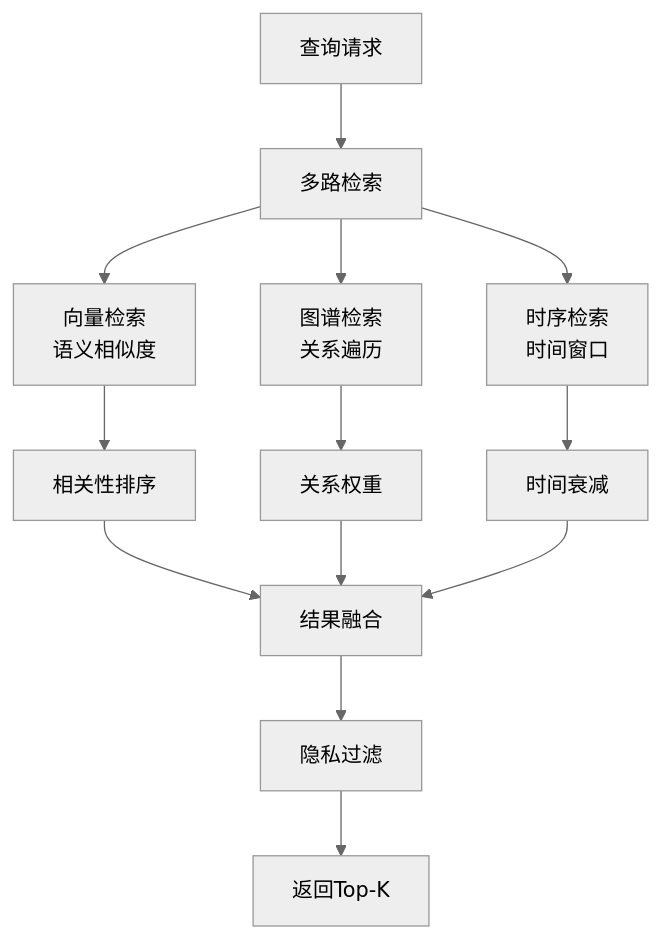
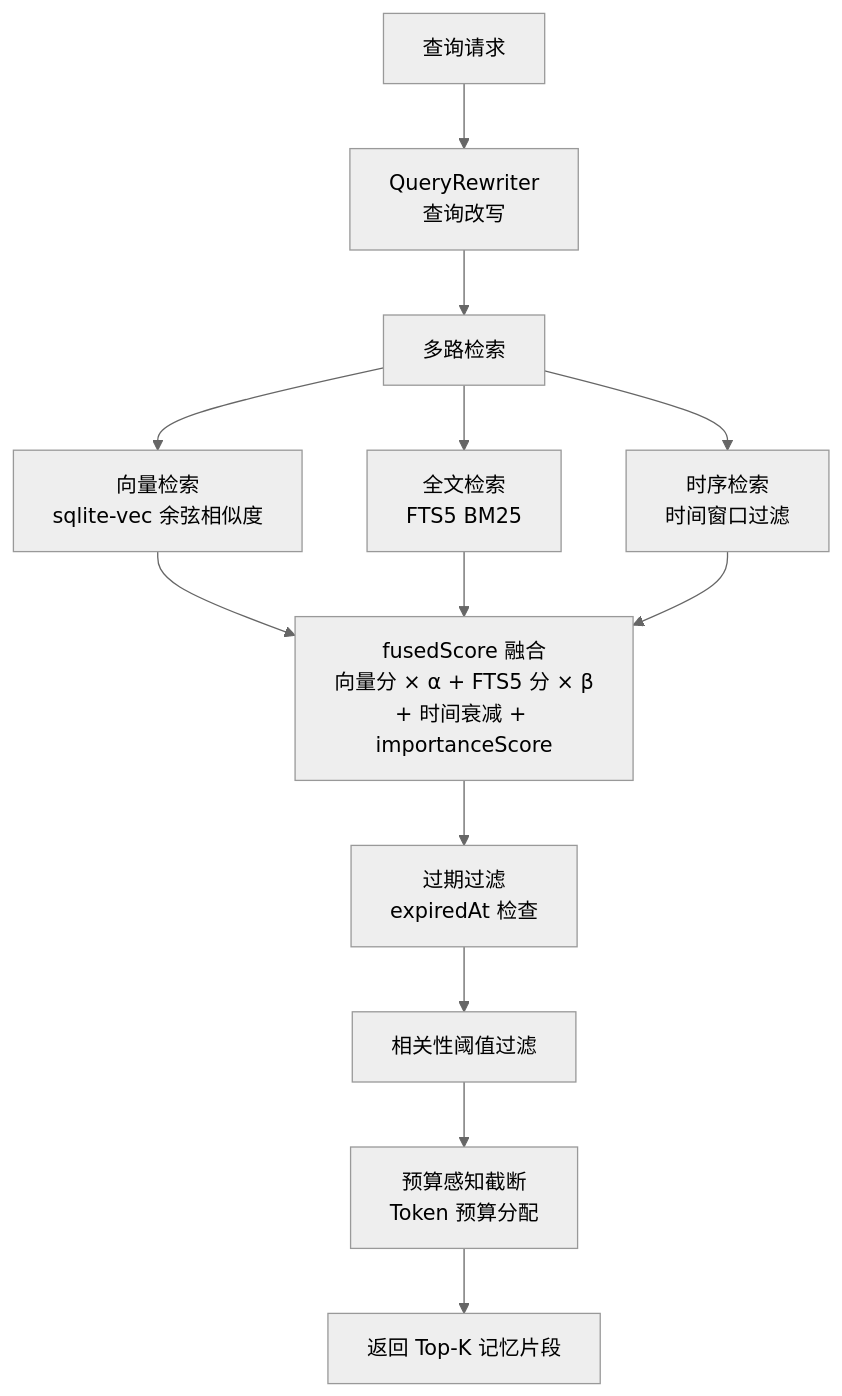
One commit to ntygod/LifePilot changed the ninth of 35 diagrams in ARCHITECTURE-DIAGRAMS.md. Above: the diagram before and after it, drawn with Mermaid (neutral theme). The commit also changed other lines of this file and 2 other files, not shown here.

````diff
--- a/ARCHITECTURE-DIAGRAMS.md
+++ b/ARCHITECTURE-DIAGRAMS.md
@@ -370,19 +478,18 @@
 ```mermaid
 flowchart TD
-    Query[查询请求] --> MultiRetrieval[多路检索]
-    
-    MultiRetrieval --> VectorSearch[向量检索<br/>语义相似度]
-    MultiRetrieval --> GraphSearch[图谱检索<br/>关系遍历]
-    MultiRetrieval --> TemporalSearch[时序检索<br/>时间窗口]
-    
-    VectorSearch --> Rank1[相关性排序]
-    GraphSearch --> Rank2[关系权重]
-    TemporalSearch --> Rank3[时间衰减]
-    
-    Rank1 --> Fusion[结果融合]
-    Rank2 --> Fusion
-    Rank3 --> Fusion
-    
-    Fusion --> Filter[隐私过滤]
-    Filter --> Return[返回Top-K]
+    Query[查询请求] --> QueryRewrite[QueryRewriter<br/>查询改写]
+    QueryRewrite --> MultiRetrieval[多路检索]
+
+    MultiRetrieval --> VectorSearch[向量检索<br/>sqlite-vec 余弦相似度]
+    MultiRetrieval --> FTS5Search[全文检索<br/>FTS5 BM25]
+    MultiRetrieval --> TemporalSearch[时序检索<br/>时间窗口过滤]
+
+    VectorSearch --> FusedScore[fusedScore 融合<br/>向量分 × α + FTS5 分 × β<br/>+ 时间衰减 + importanceScore]
+    FTS5Search --> FusedScore
+    TemporalSearch --> FusedScore
+
+    FusedScore --> ExpiredFilter[过期过滤<br/>expiredAt 检查]
+    ExpiredFilter --> RelevanceFilter[相关性阈值过滤]
+    RelevanceFilter --> BudgetAware[预算感知截断<br/>Token 预算分配]
+    BudgetAware --> Return[返回 Top-K 记忆片段]
 ```
````
